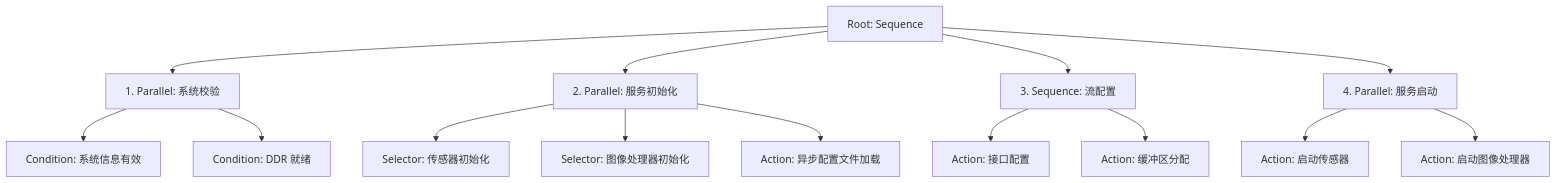
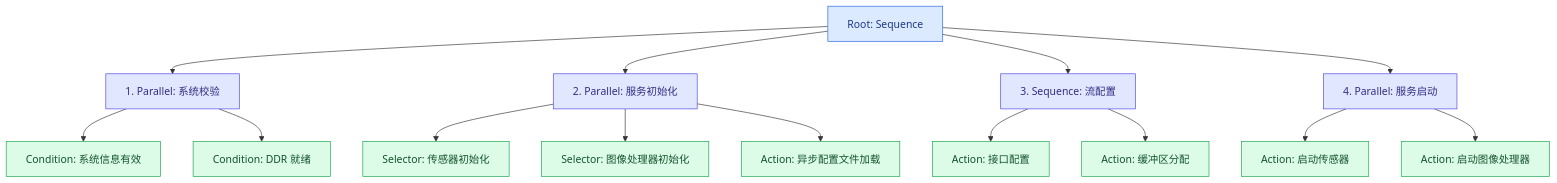
The first of 2 diagrams in content/posts/practice/behavior_tree_tick_mechanism.md (DeguiLiu/tech-notes), drawn with Mermaid before and after one commit. The commit also changed other lines of this file and 16 other files, not shown here.

First line of the commit message:
story-docs(blog): de-AI practice and ipc posts, color nginx rtc diagrams

````diff
--- a/content/posts/practice/behavior_tree_tick_mechanism.md
+++ b/content/posts/practice/behavior_tree_tick_mechanism.md
@@ -353,20 +353,24 @@
 ```mermaid
 graph TD
-    A[Root: Sequence] --> B[1. Parallel: 系统校验]
-    A --> C[2. Parallel: 服务初始化]
-    A --> D[3. Sequence: 流配置]
-    A --> E[4. Parallel: 服务启动]
+    A[Root: Sequence]:::clsRoot --> B[1. Parallel: 系统校验]:::clsStage
+    A --> C[2. Parallel: 服务初始化]:::clsStage
+    A --> D[3. Sequence: 流配置]:::clsStage
+    A --> E[4. Parallel: 服务启动]:::clsStage
 
-    B --> B1[Condition: 系统信息有效]
-    B --> B2[Condition: DDR 就绪]
+    B --> B1[Condition: 系统信息有效]:::clsLeaf
+    B --> B2[Condition: DDR 就绪]:::clsLeaf
 
-    C --> C1[Selector: 传感器初始化]
-    C --> C2[Selector: 图像处理器初始化]
-    C --> C3[Action: 异步配置文件加载]
+    C --> C1[Selector: 传感器初始化]:::clsLeaf
+    C --> C2[Selector: 图像处理器初始化]:::clsLeaf
+    C --> C3[Action: 异步配置文件加载]:::clsLeaf
 
-    D --> D1[Action: 接口配置]
-    D --> D2[Action: 缓冲区分配]
+    D --> D1[Action: 接口配置]:::clsLeaf
+    D --> D2[Action: 缓冲区分配]:::clsLeaf
 
-    E --> E1[Action: 启动传感器]
-    E --> E2[Action: 启动图像处理器]
+    E --> E1[Action: 启动传感器]:::clsLeaf
+    E --> E2[Action: 启动图像处理器]:::clsLeaf
+
+    classDef clsRoot fill:#dbeafe,stroke:#2563eb,color:#1e3a8a
+    classDef clsStage fill:#e0e7ff,stroke:#4f46e5,color:#312e81
+    classDef clsLeaf fill:#dcfce7,stroke:#16a34a,color:#14532d
 ```
````
